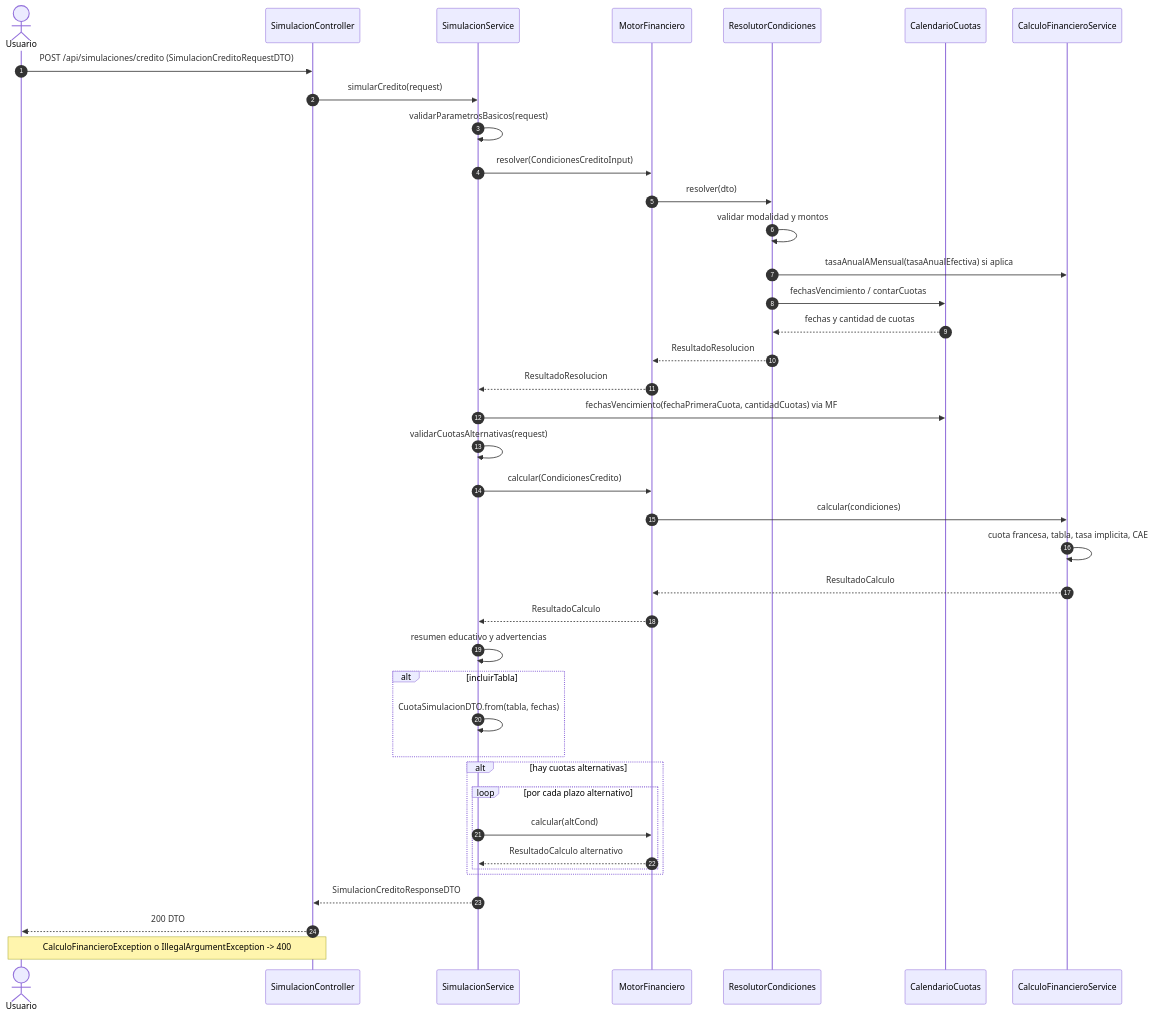
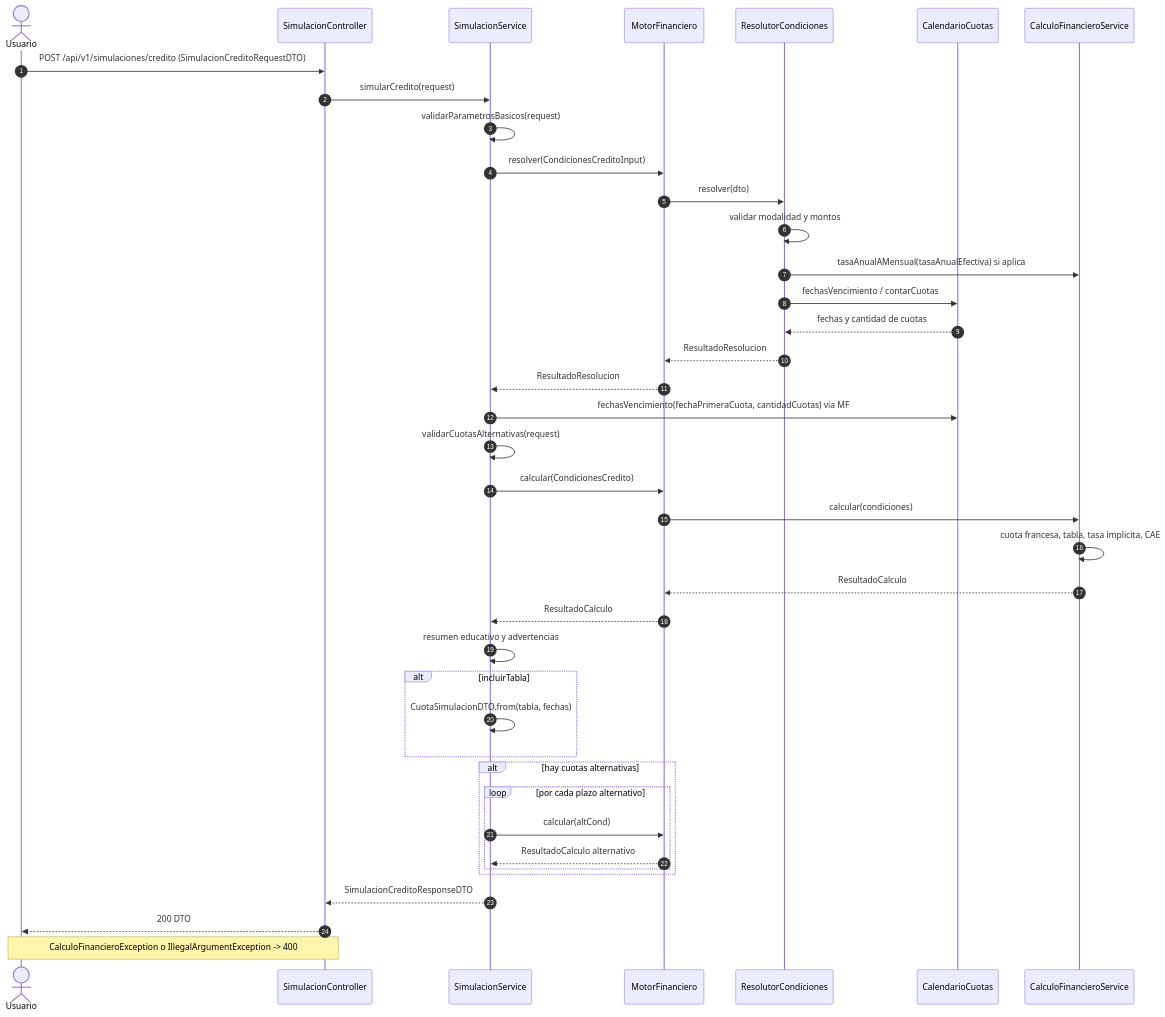
Before and after one commit to ItsMilkey/LITE: the diagram in docs/diagramas/12-flujo-simulacion.md, drawn with Mermaid. The commit also changed other lines of this file and 95 other files, not shown here.

````diff
--- a/docs/diagramas/12-flujo-simulacion.md
+++ b/docs/diagramas/12-flujo-simulacion.md
@@ -16,48 +16,48 @@
 ```mermaid
 sequenceDiagram
     autonumber
     actor U as Usuario
     participant C as SimulacionController
     participant S as SimulacionService
     participant MF as MotorFinanciero
     participant RC as ResolutorCondiciones
     participant CC as CalendarioCuotas
     participant CF as CalculoFinancieroService
 
-    U->>C: POST /api/simulaciones/credito (SimulacionCreditoRequestDTO)
+    U->>C: POST /api/v1/simulaciones/credito (SimulacionCreditoRequestDTO)
     C->>S: simularCredito(request)
     S->>S: validarParametrosBasicos(request)
 
     S->>MF: resolver(CondicionesCreditoInput)
     MF->>RC: resolver(dto)
     RC->>RC: validar modalidad y montos
     RC->>CF: tasaAnualAMensual(tasaAnualEfectiva) si aplica
     RC->>CC: fechasVencimiento / contarCuotas
     CC-->>RC: fechas y cantidad de cuotas
     RC-->>MF: ResultadoResolucion
     MF-->>S: ResultadoResolucion
 
     S->>CC: fechasVencimiento(fechaPrimeraCuota, cantidadCuotas) via MF
     S->>S: validarCuotasAlternativas(request)
 
     S->>MF: calcular(CondicionesCredito)
     MF->>CF: calcular(condiciones)
     CF->>CF: cuota francesa, tabla, tasa implicita, CAE
     CF-->>MF: ResultadoCalculo
     MF-->>S: ResultadoCalculo
 
     S->>S: resumen educativo y advertencias
     alt incluirTabla
         S->>S: CuotaSimulacionDTO.from(tabla, fechas)
     end
     alt hay cuotas alternativas
         loop por cada plazo alternativo
             S->>MF: calcular(altCond)
             MF-->>S: ResultadoCalculo alternativo
         end
     end
     S-->>C: SimulacionCreditoResponseDTO
     C-->>U: 200 DTO
 
     Note over C,U: CalculoFinancieroException o IllegalArgumentException -> 400
 ```
````
